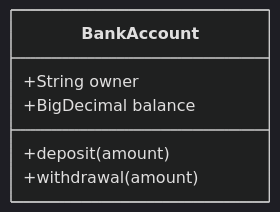
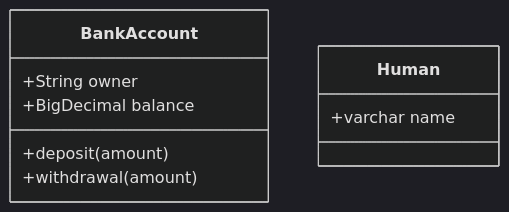
Before and after one commit to Eished/Markdown_notes: the sixth of 16 diagrams in readme.md, drawn with Mermaid (dark theme). The commit also changed other lines of this file and 3 other files, not shown here.

````diff
--- a/readme.md
+++ b/readme.md
@@ -750,8 +750,11 @@
 ```mermaid
 classDiagram
     class BankAccount
     BankAccount : +String owner
     BankAccount : +BigDecimal balance
     BankAccount : +deposit(amount)
     BankAccount : +withdrawal(amount)
+    class Human {
+    	+varchar name
+    }
 ```
````
